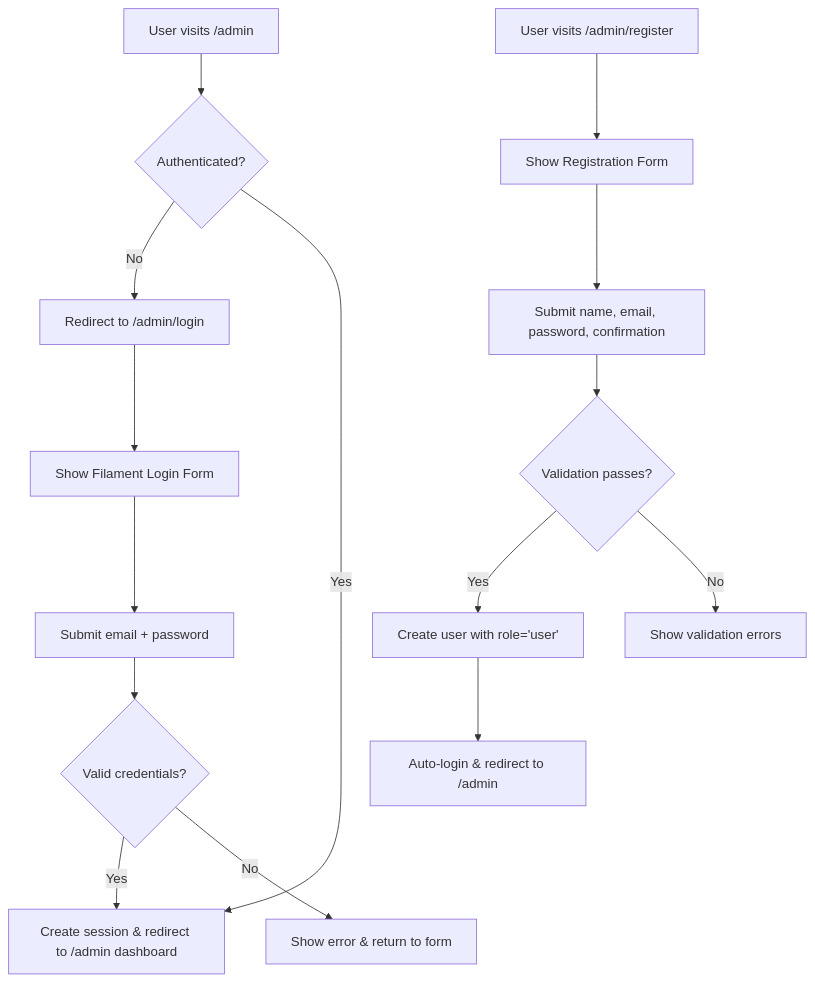
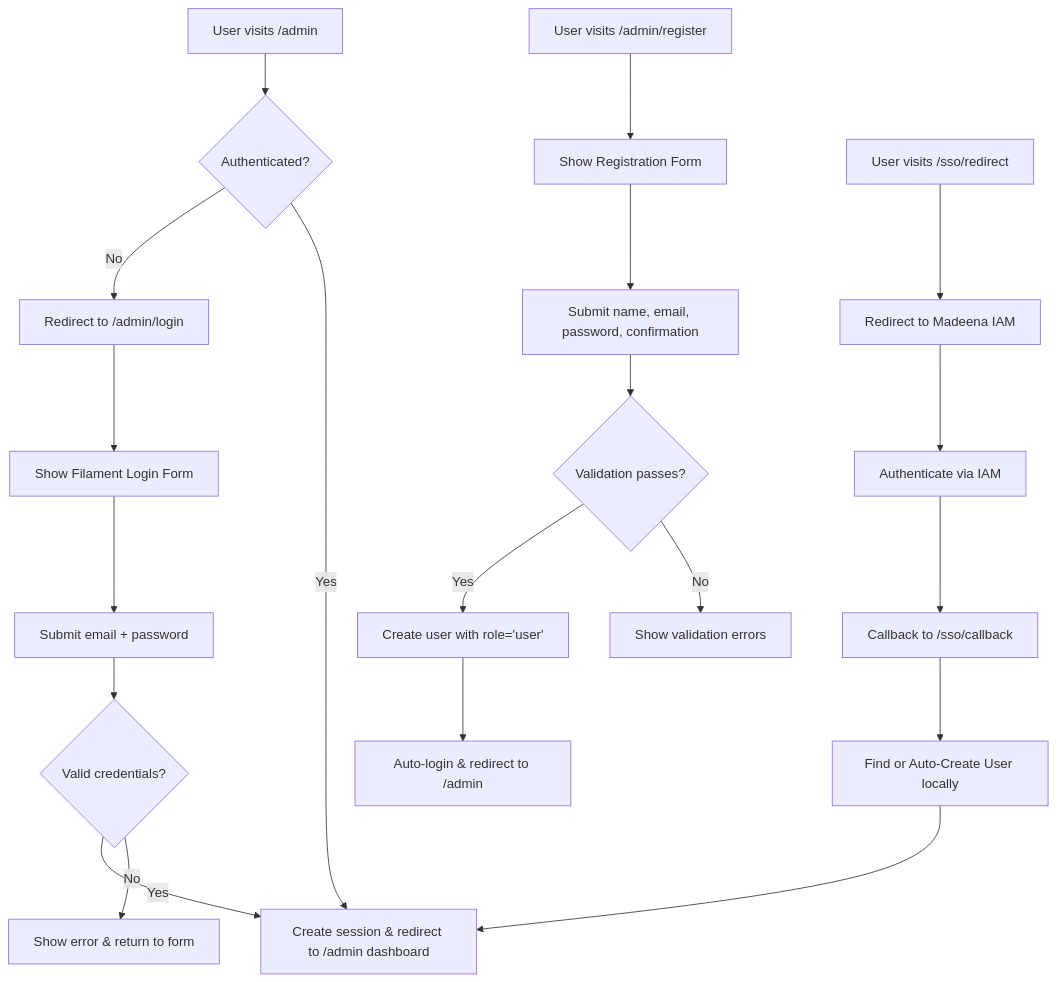
One commit to Madeena-software/madeena-company-profile changed the first of 6 diagrams in docs/PRD.md. Above: the diagram before and after it, drawn with Mermaid. The commit also changed other lines of this file and 12 other files, not shown here.

````diff
--- a/docs/PRD.md
+++ b/docs/PRD.md
@@ -216,19 +218,25 @@
 ```mermaid
 flowchart TD
     A["User visits /admin"] --> B{"Authenticated?"}
     B -- No --> C["Redirect to /admin/login"]
     C --> D["Show Filament Login Form"]
     D --> E["Submit email + password"]
     E --> F{"Valid credentials?"}
     F -- Yes --> G["Create session & redirect to /admin dashboard"]
     F -- No --> H["Show error & return to form"]
     
     B -- Yes --> G
     
     I["User visits /admin/register"] --> J["Show Registration Form"]
     J --> K["Submit name, email, password, confirmation"]
     K --> L{"Validation passes?"}
     L -- Yes --> M["Create user with role='user'"]
     M --> N["Auto-login & redirect to /admin"]
     L -- No --> O["Show validation errors"]
+
+    P["User visits /sso/redirect"] --> Q["Redirect to Madeena IAM"]
+    Q --> R["Authenticate via IAM"]
+    R --> S["Callback to /sso/callback"]
+    S --> T["Find or Auto-Create User locally"]
+    T --> G
 ```
````
